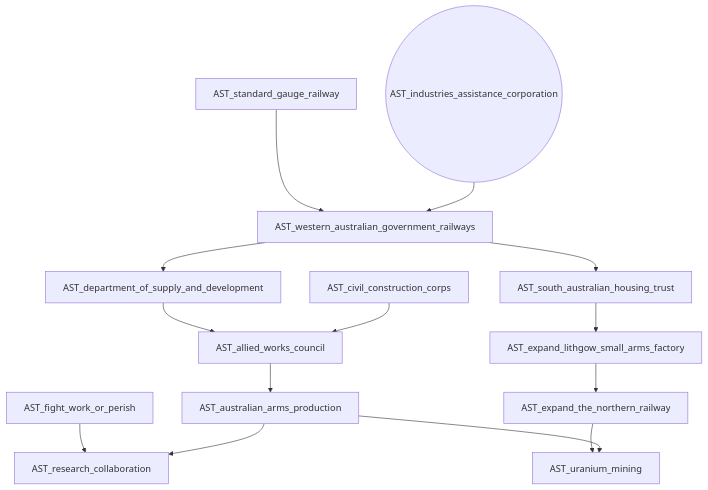
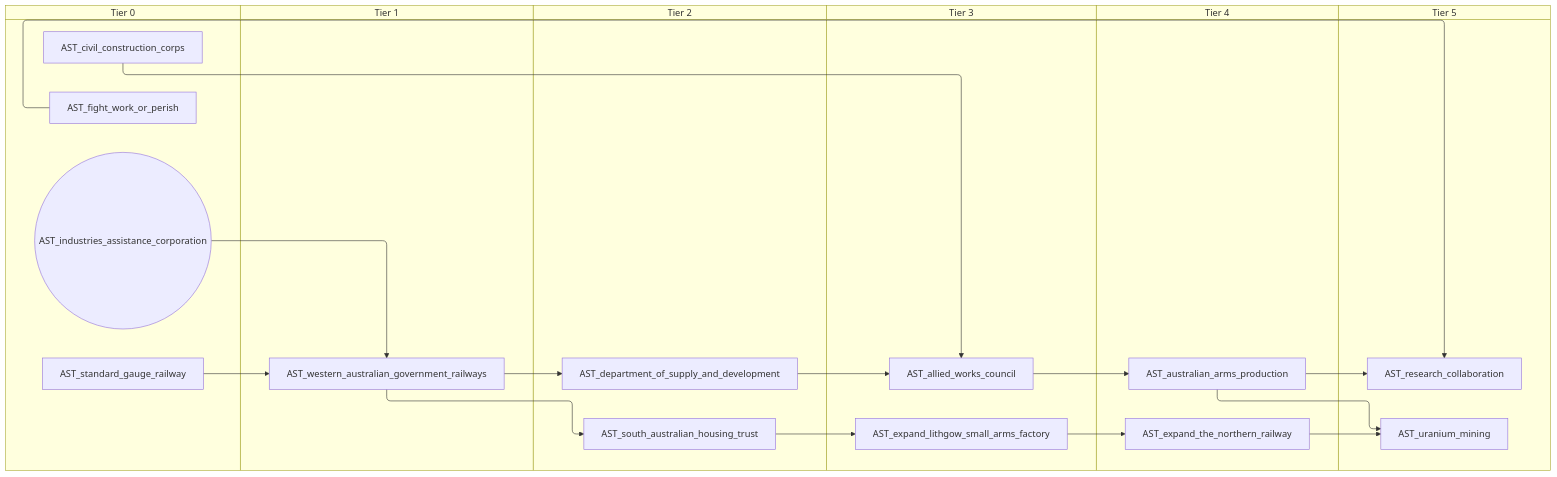
One commit to evgeny-sobol/hoi4-sandbox-mode changed the fifth of 9 diagrams in docs/gdd/National Focuses/australia.md. Above: the diagram before and after it, drawn with Mermaid. The commit also changed other lines of this file and 80 other files, not shown here.

First line of the commit message:
Add swimlane mode to focus graph exporter

````diff
--- a/docs/gdd/National Focuses/australia.md
+++ b/docs/gdd/National Focuses/australia.md
@@ -157,29 +203,41 @@
 ```mermaid
-flowchart TD
-    n26["AST_allied_works_council"]
-    n28["AST_australian_arms_production"]
-    n30["AST_civil_construction_corps"]
-    n32["AST_department_of_supply_and_development"]
-    n54["AST_expand_lithgow_small_arms_factory"]
-    n34["AST_expand_the_northern_railway"]
-    n35["AST_fight_work_or_perish"]
-    n55(("AST_industries_assistance_corporation"))
-    n41["AST_research_collaboration"]
-    n56["AST_south_australian_housing_trust"]
-    n57["AST_standard_gauge_railway"]
-    n44["AST_uranium_mining"]
-    n58["AST_western_australian_government_railways"]
-    n32 --> n26
-    n30 --> n26
-    n26 --> n28
-    n58 --> n32
-    n56 --> n54
-    n54 --> n34
-    n35 --> n41
-    n28 --> n41
-    n58 --> n56
-    n34 --> n44
-    n28 --> n44
+swimlane-beta TD
+    subgraph tier_0["Tier 0"]
+        n34["AST_civil_construction_corps"]
+        n42["AST_fight_work_or_perish"]
+        n54(("AST_industries_assistance_corporation"))
+        n55["AST_standard_gauge_railway"]
+    end
+    subgraph tier_1["Tier 1"]
+        n56["AST_western_australian_government_railways"]
+    end
+    subgraph tier_2["Tier 2"]
+        n26["AST_department_of_supply_and_development"]
+        n57["AST_south_australian_housing_trust"]
+    end
+    subgraph tier_3["Tier 3"]
+        n37["AST_allied_works_council"]
+        n58["AST_expand_lithgow_small_arms_factory"]
+    end
+    subgraph tier_4["Tier 4"]
+        n41["AST_australian_arms_production"]
+        n28["AST_expand_the_northern_railway"]
+    end
+    subgraph tier_5["Tier 5"]
+        n44["AST_research_collaboration"]
+        n45["AST_uranium_mining"]
+    end
+    n26 --> n37
+    n34 --> n37
+    n37 --> n41
+    n56 --> n26
     n57 --> n58
-    n55 --> n58
+    n58 --> n28
+    n42 --> n44
+    n41 --> n44
+    n56 --> n57
+    n28 --> n45
+    n41 --> n45
+    n55 --> n56
+    n54 --> n56
 ```
````
